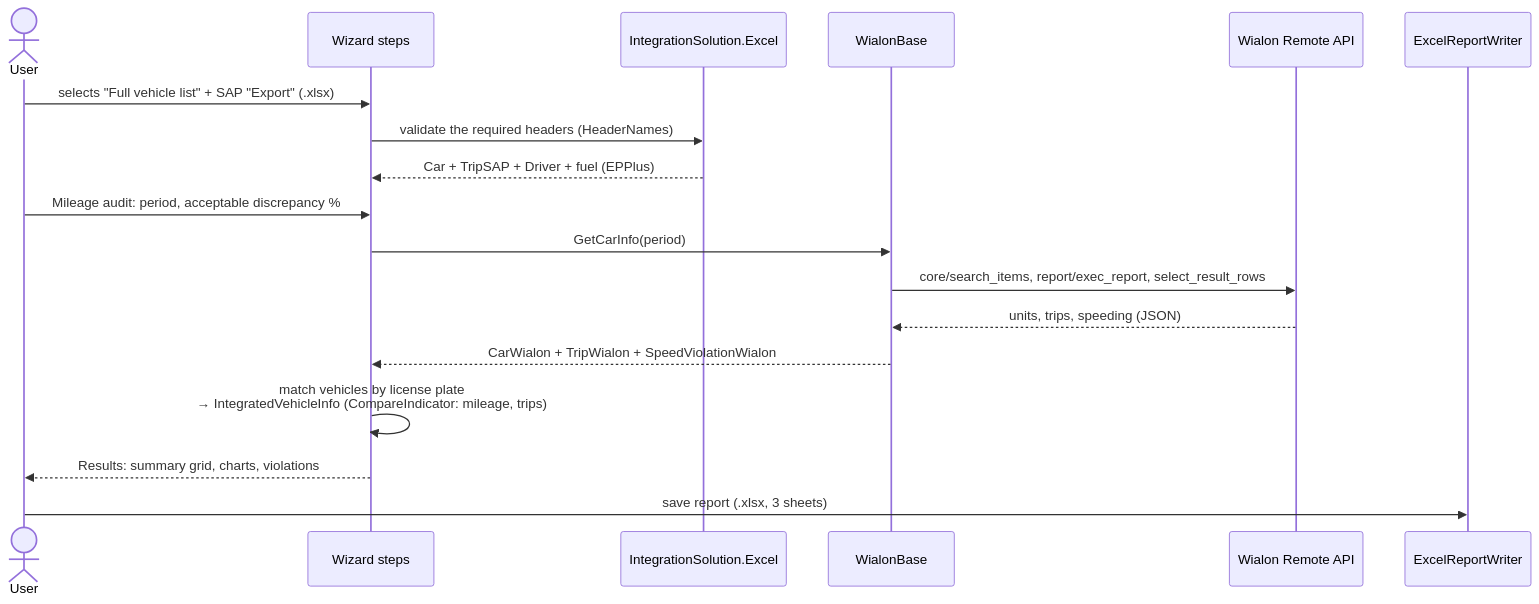
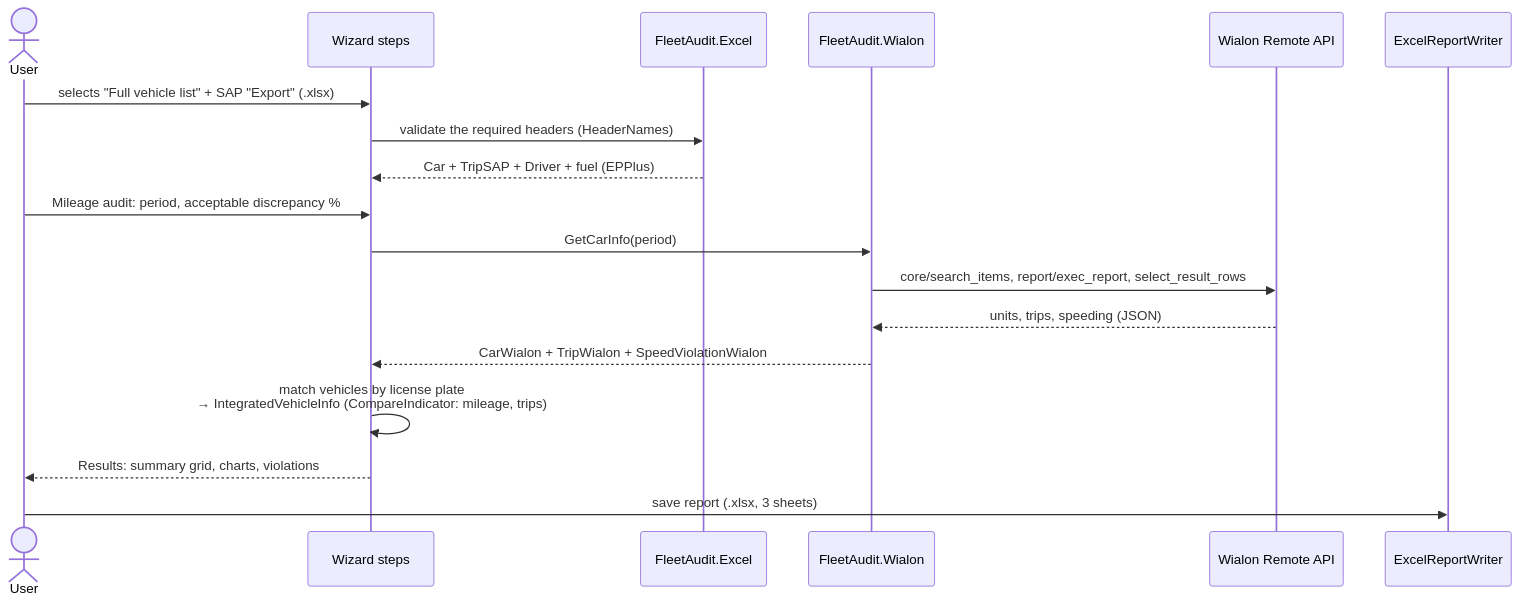
The fourth of 4 diagrams in docs/architecture.md (METACMETAHA/IntegrationSolution), drawn with Mermaid before and after one commit. The commit also changed other lines of this file and 559 other files, not shown here.

First line of the commit message:
Rename the projects from IntegrationSolution.* / Integration.* to FleetAudit.*

````diff
--- a/docs/architecture.md
+++ b/docs/architecture.md
@@ -125,21 +125,21 @@
 ```mermaid
 sequenceDiagram
     actor User
     participant Step as Wizard steps
-    participant Excel as IntegrationSolution.Excel
-    participant Wialon as WialonBase
+    participant Excel as FleetAudit.Excel
+    participant Wialon as FleetAudit.Wialon
     participant Wapi as Wialon Remote API
     participant Report as ExcelReportWriter
 
     User->>Step: selects "Full vehicle list" + SAP "Export" (.xlsx)
     Step->>Excel: validate the required headers (HeaderNames)
     Excel-->>Step: Car + TripSAP + Driver + fuel (EPPlus)
     User->>Step: Mileage audit: period, acceptable discrepancy %
     Step->>Wialon: GetCarInfo(period)
     Wialon->>Wapi: core/search_items, report/exec_report, select_result_rows
     Wapi-->>Wialon: units, trips, speeding (JSON)
     Wialon-->>Step: CarWialon + TripWialon + SpeedViolationWialon
     Step->>Step: match vehicles by license plate<br/>→ IntegratedVehicleInfo (CompareIndicator: mileage, trips)
     Step-->>User: Results: summary grid, charts, violations
     User->>Report: save report (.xlsx, 3 sheets)
 ```
````
